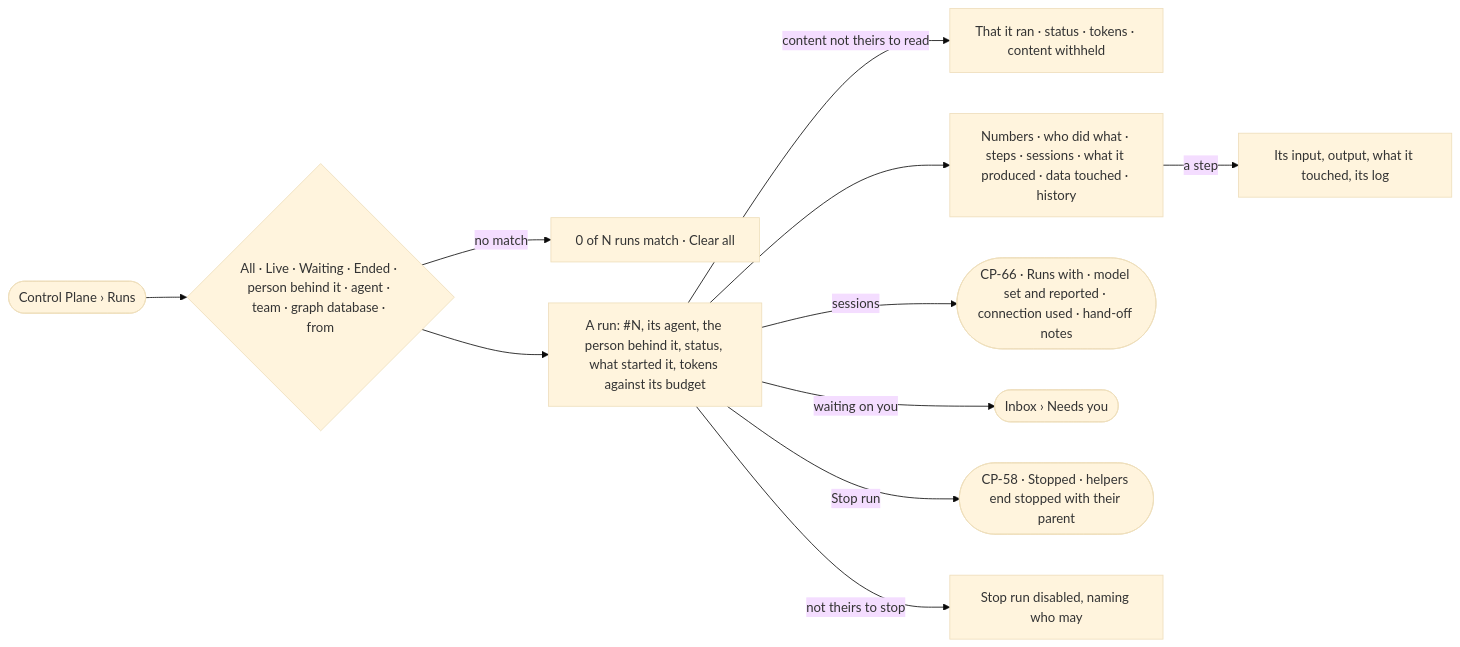
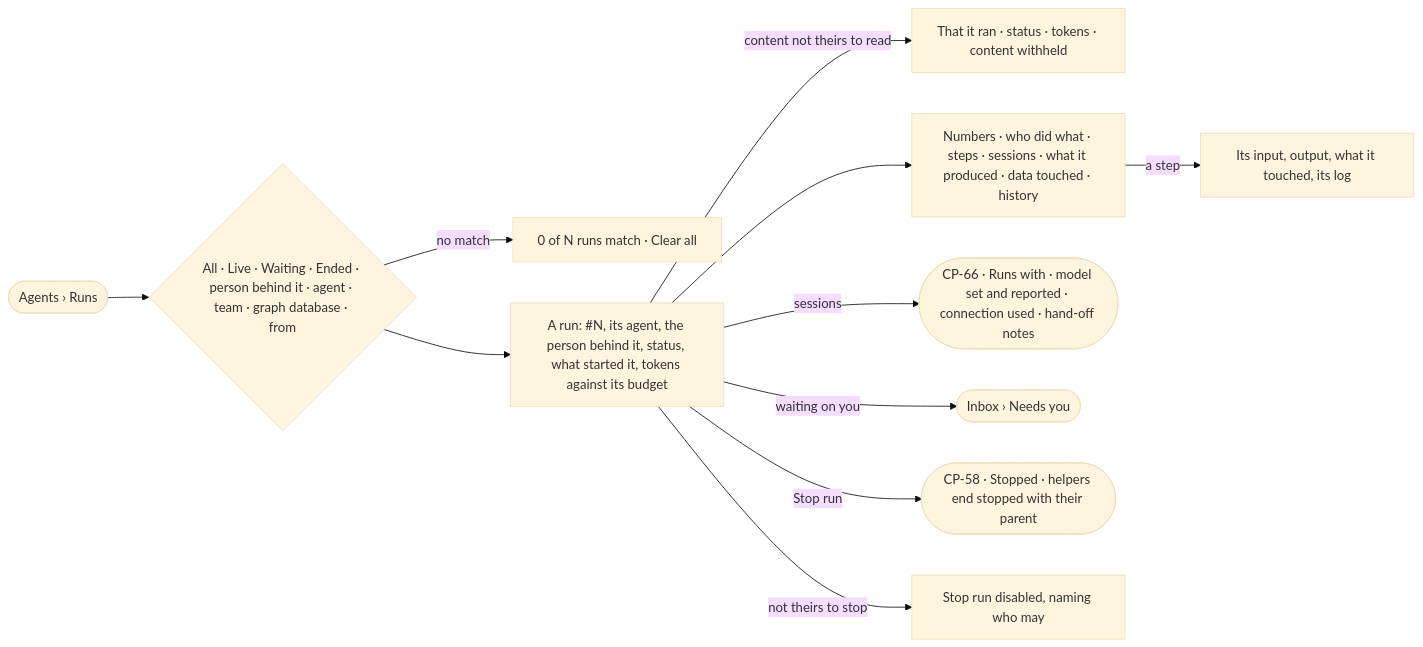
Before and after one commit to invana/invana: the diagram in specs/os/control/features/CP-F10-runs-and-how-the-agents-are-doing/stories/CP-50-find-a-run-and-see-where-it-stands/story.md, drawn with Mermaid (base theme). The commit also changed 106 other files, not shown here.

````diff
--- a/specs/os/control/features/CP-F10-runs-and-how-the-agents-are-doing/stories/CP-50-find-a-run-and-see-where-it-stands/story.md
+++ b/specs/os/control/features/CP-F10-runs-and-how-the-agents-are-doing/stories/CP-50-find-a-run-and-see-where-it-stands/story.md
@@ -27,13 +27,13 @@
 ```mermaid
 flowchart LR
-  l([Control Plane › Runs]) --> f{"All · Live · Waiting · Ended · person behind it · agent · team · graph database · from"}
+  l([Agents › Runs]) --> f{"All · Live · Waiting · Ended · person behind it · agent · team · graph database · from"}
   f -->|no match| z["0 of N runs match · Clear all"]
   f --> r["A run: #N, its agent, the person behind it, status, what started it, tokens against its budget"]
   r -->|content not theirs to read| w["That it ran · status · tokens · content withheld"]
   r --> p["Numbers · who did what · steps · sessions · what it produced · data touched · history"]
   r -->|sessions| ss(["CP-66 · Runs with · model set and reported · connection used · hand-off notes"])
   p -->|a step| s["Its input, output, what it touched, its log"]
   r -->|waiting on you| i(["Inbox › Needs you"])
   r -->|Stop run| x(["CP-58 · Stopped · helpers end stopped with their parent"])
   r -->|not theirs to stop| d["Stop run disabled, naming who may"]
 ```
````
